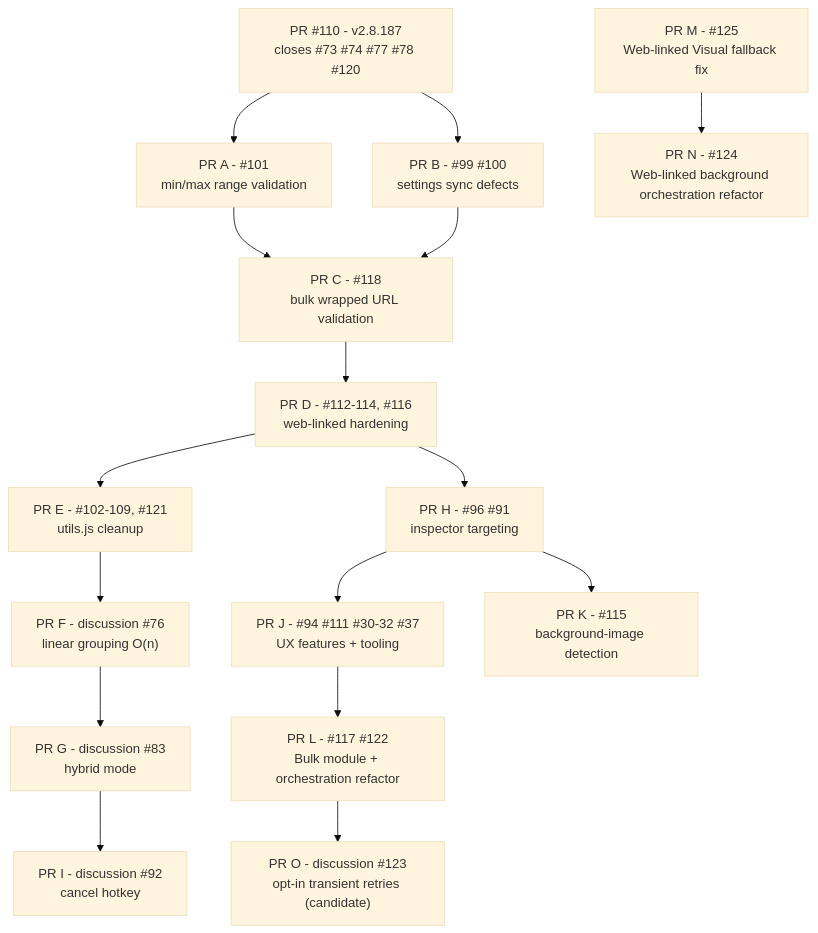
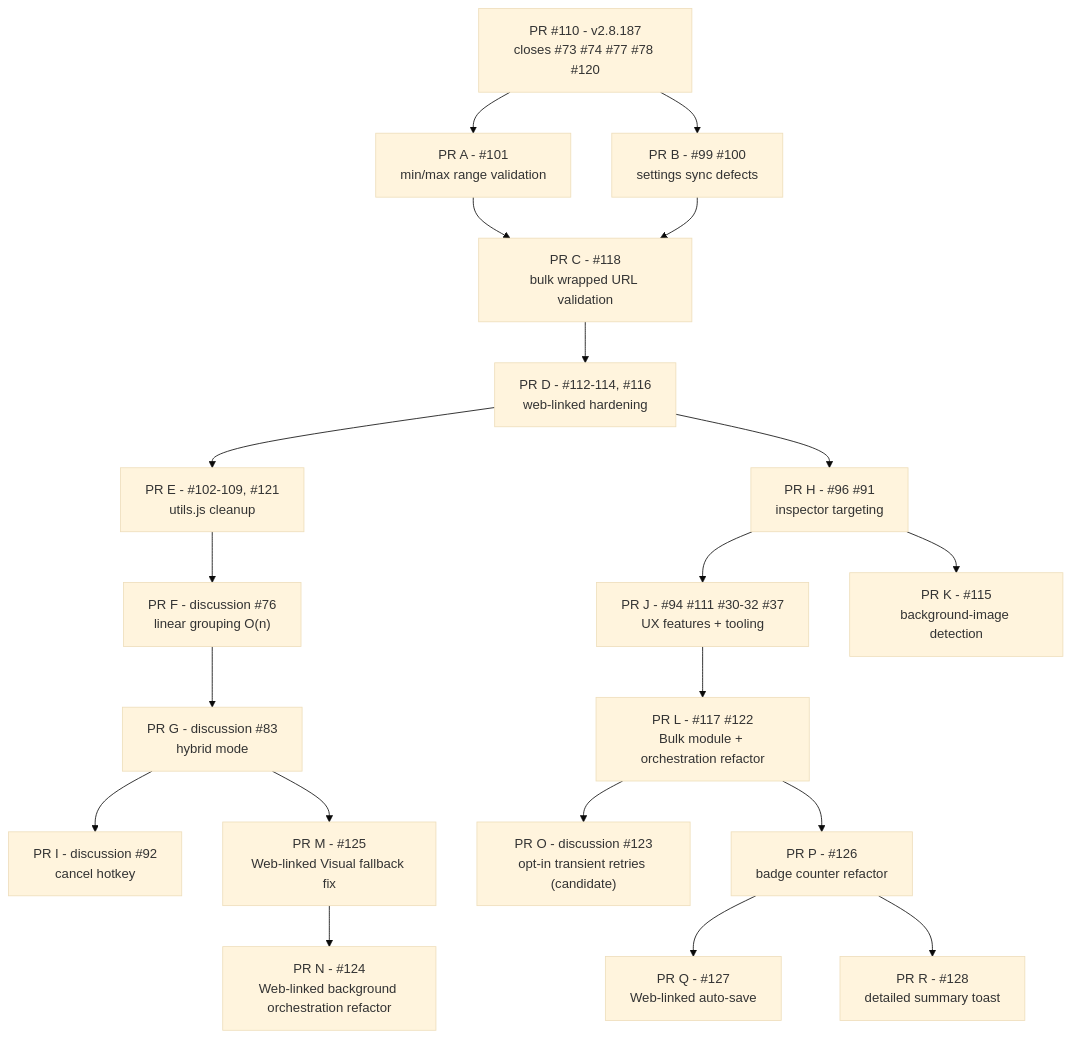
One commit to del-Pacifico/Mass-Image-Downloader changed the diagram in docs/ROADMAP.md. Above: the diagram before and after it, drawn with Mermaid (base theme). The commit also changed other lines of this file, not shown here.

Commit message:
docs(roadmap): update roadmap documentation

````diff
--- a/docs/ROADMAP.md
+++ b/docs/ROADMAP.md
@@ -60,19 +61,28 @@
 ```mermaid
 graph TD
     PR110["PR #110 - v2.8.187<br/>closes #73 #74 #77 #78 #120"] --> PRA["PR A - #101<br/>min/max range validation"]
     PR110 --> PRB["PR B - #99 #100<br/>settings sync defects"]
     PRA --> PRC["PR C - #118<br/>bulk wrapped URL validation"]
     PRB --> PRC
     PRC --> PRD["PR D - #112-114, #116<br/>web-linked hardening"]
     PRD --> PRE["PR E - #102-109, #121<br/>utils.js cleanup"]
     PRE --> PRF["PR F - discussion #76<br/>linear grouping O(n)"]
     PRF --> PRG["PR G - discussion #83<br/>hybrid mode"]
     PRD --> PRH["PR H - #96 #91<br/>inspector targeting"]
     PRG --> PRI["PR I - discussion #92<br/>cancel hotkey"]
     PRH --> PRJ["PR J - #94 #111 #30-32 #37<br/>UX features + tooling"]
     PRH --> PRK["PR K - #115<br/>background-image detection"]
     PRJ --> PRL["PR L - #117 #122<br/>Bulk module + orchestration refactor"]
-    PRM["PR M - #125<br/>Web-linked Visual fallback fix"]
+    
+    %% Web-linked track (continúa desde el epic de Web-linked)
+    PRG --> PRM["PR M - #125<br/>Web-linked Visual fallback fix"]
     PRM --> PRN["PR N - #124<br/>Web-linked background orchestration refactor"]
+    
+    %% Bulk track (continúa desde el refactor de Bulk)
     PRL --> PRO["PR O - discussion #123<br/>opt-in transient retries (candidate)"]
+    
+    %% Download tracking & feedback track (nace tras el refactor de orquestación)
+    PRL --> PRP["PR P - #126<br/>badge counter refactor"]
+    PRP --> PRQ["PR Q - #127<br/>Web-linked auto-save"]
+    PRP --> PRR["PR R - #128<br/>detailed summary toast"]
 ```
````
